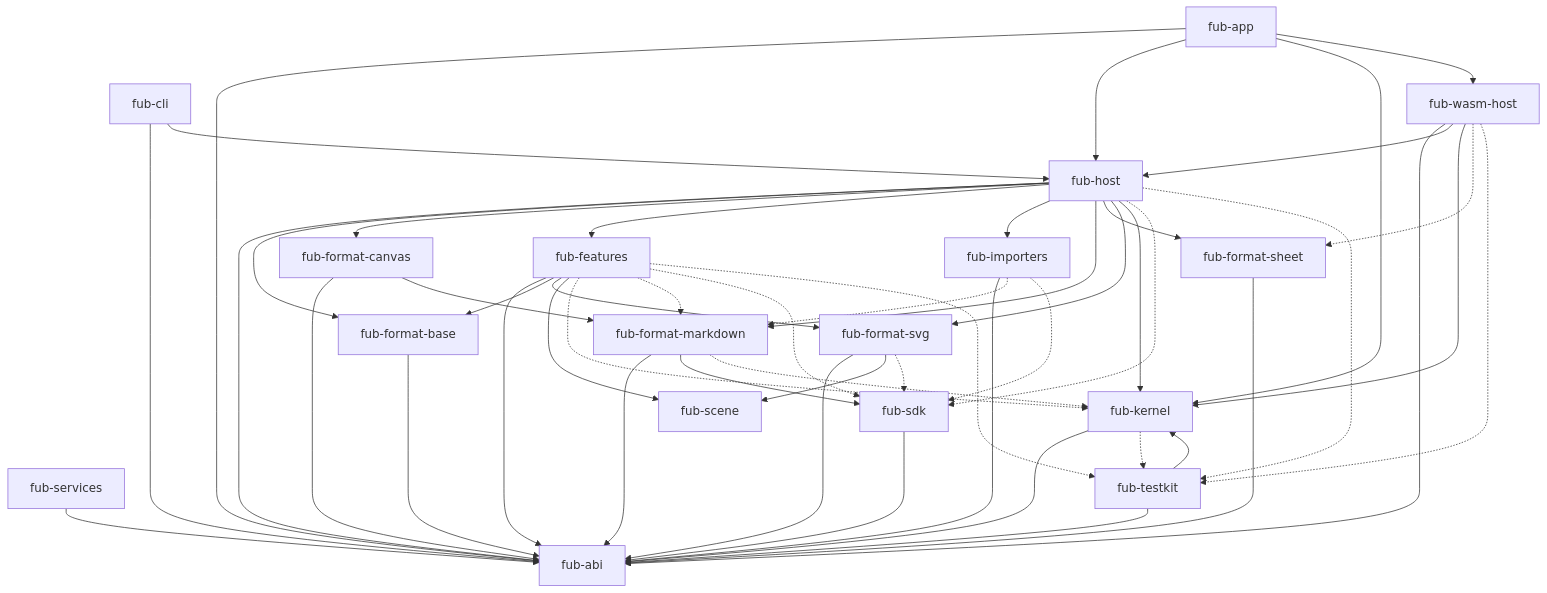
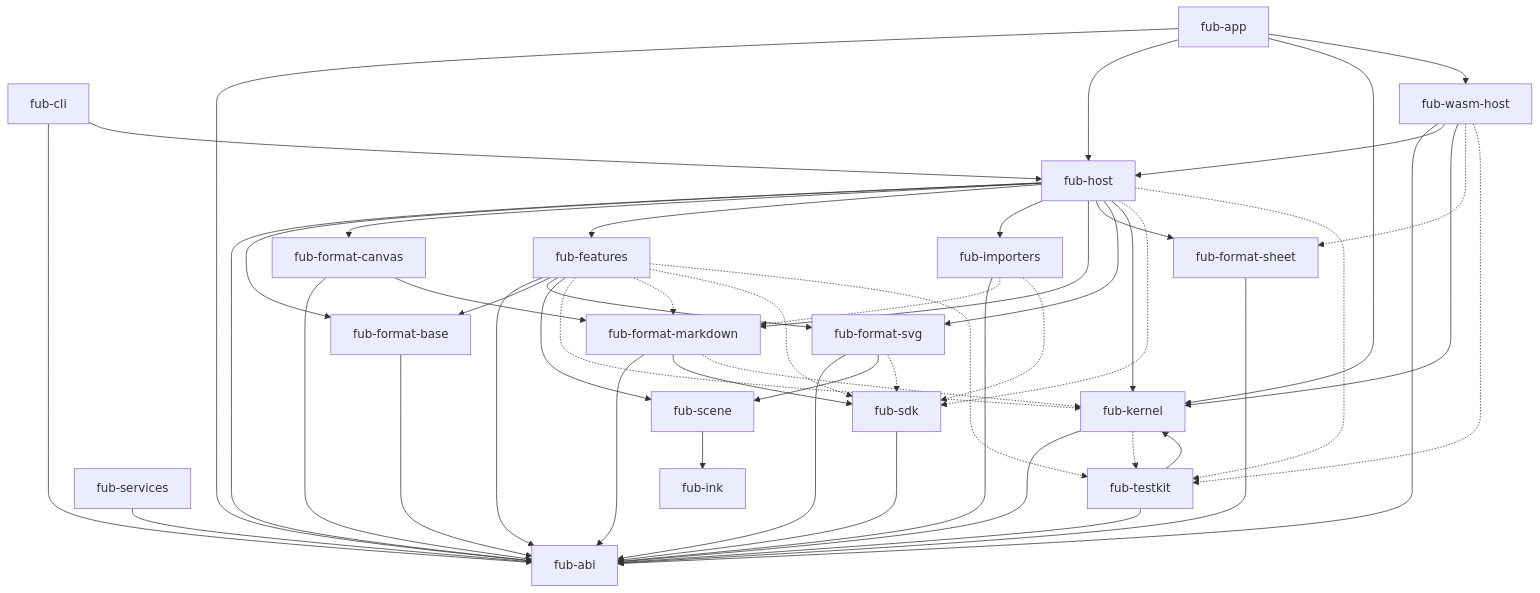
One commit to Fubeo/Fub changed the first of 2 diagrams in docs/architecture/overview.md. Above: the diagram before and after it, drawn with Mermaid. The commit also changed other lines of this file and 21 other files, not shown here.

````diff
--- a/docs/architecture/overview.md
+++ b/docs/architecture/overview.md
@@ -28,74 +28,76 @@
 ```mermaid
 flowchart TD
     %% @grafo-dipendenze
     %% Questo blocco è confrontato con cargo metadata da dependency_invariant.rs.
 
     app["fub-app"]
     host["fub-host"]
     features["fub-features"]
     markdown["fub-format-markdown"]
     sheet["fub-format-sheet"]
     base["fub-format-base"]
     canvas["fub-format-canvas"]
     svg["fub-format-svg"]
     scene["fub-scene"]
+    ink["fub-ink"]
     importers["fub-importers"]
     cli["fub-cli"]
     services["fub-services"]
     wasmhost["fub-wasm-host"]
     sdk["fub-sdk"]
     testkit["fub-testkit"]
     kernel["fub-kernel"]
     abi["fub-abi"]
 
     app --> abi
     app --> host
     app --> kernel
     app --> wasmhost
     host --> abi
     host --> base
     host --> canvas
     host --> features
     host --> importers
     host --> markdown
     host --> sheet
     host --> svg
     host --> kernel
     cli --> abi
     cli --> host
     services --> abi
     base --> abi
     canvas --> abi
     canvas --> markdown
     importers --> abi
     features --> abi
     features --> base
     features --> svg
     features --> scene
     markdown --> abi
     markdown --> sdk
     sheet --> abi
     svg --> abi
     svg --> scene
+    scene --> ink
     wasmhost --> abi
     wasmhost --> host
     wasmhost --> kernel
     kernel --> abi
     sdk --> abi
     testkit --> abi
     testkit --> kernel
 
     features -.-> kernel
     features -.-> markdown
     features -.-> sdk
     features -.-> testkit
     markdown -.-> kernel
     kernel -.-> testkit
     host -.-> sdk
     host -.-> testkit
     wasmhost -.-> sheet
     wasmhost -.-> testkit
     importers -.-> markdown
     importers -.-> sdk
     svg -.-> sdk
 ```
````
